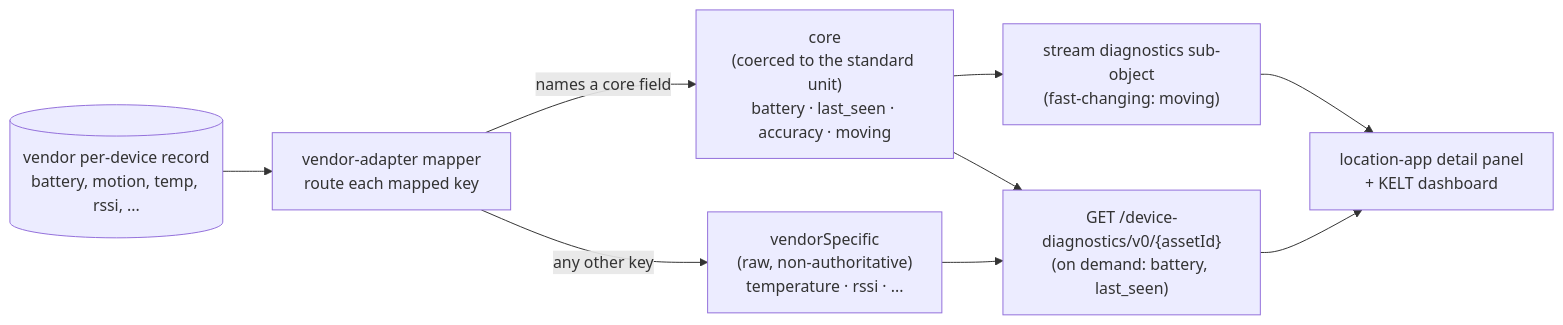
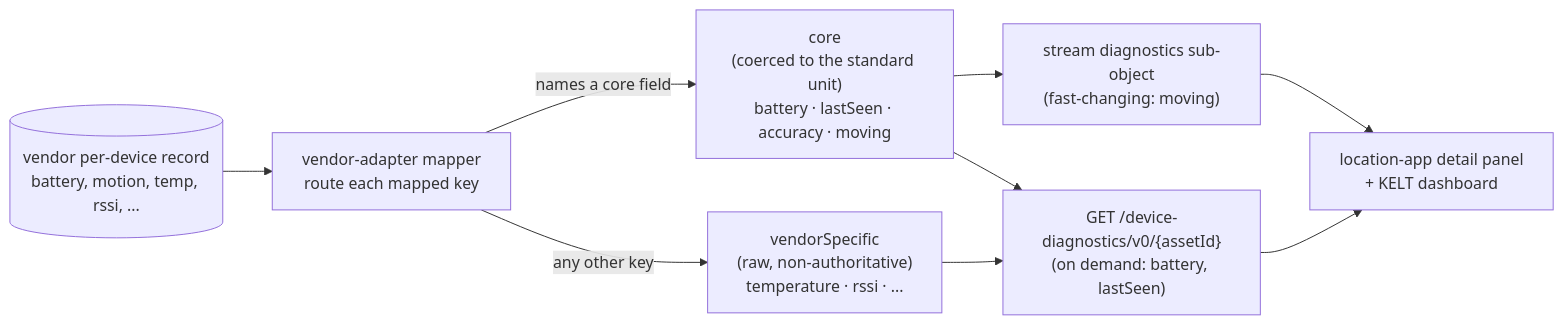
One commit to Jacobbista/5g-northbound changed the diagram in docs/profile-extensions.md. Above: the diagram before and after it, drawn with Mermaid. The commit also changed other lines of this file and 10 other files, not shown here.

First line of the commit message:
docs: rewrite the surface taxonomy and add the data flow

````diff
--- a/docs/profile-extensions.md
+++ b/docs/profile-extensions.md
@@ -80,11 +80,11 @@
 ```mermaid
 flowchart LR
   V[("vendor per-device record<br/>battery, motion, temp, rssi, ...")] --> M["vendor-adapter mapper<br/>route each mapped key"]
-  M -->|"names a core field"| C["core<br/>(coerced to the standard unit)<br/>battery · last_seen · accuracy · moving"]
+  M -->|"names a core field"| C["core<br/>(coerced to the standard unit)<br/>battery · lastSeen · accuracy · moving"]
   M -->|"any other key"| X["vendorSpecific<br/>(raw, non-authoritative)<br/>temperature · rssi · ..."]
   C --> ST["stream diagnostics sub-object<br/>(fast-changing: moving)"]
-  C --> OD["GET /device-diagnostics/v0/{assetId}<br/>(on demand: battery, last_seen)"]
+  C --> OD["GET /device-diagnostics/v0/{assetId}<br/>(on demand: battery, lastSeen)"]
   X --> OD
   ST --> APP["location-app detail panel<br/>+ KELT dashboard"]
   OD --> APP
 ```
````
